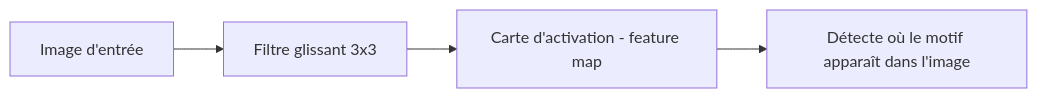
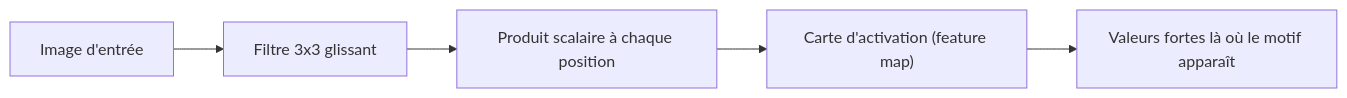
Before and after one commit to AureDulvresse/nyx: the first of 2 diagrams in content/courses/deep-learning/03-reseaux-neurones-convolutifs-cnn.md, drawn with Mermaid. The commit also changed other lines of this file and 167 other files, not shown here.

````diff
--- a/content/courses/deep-learning/03-reseaux-neurones-convolutifs-cnn.md
+++ b/content/courses/deep-learning/03-reseaux-neurones-convolutifs-cnn.md
@@ -37,6 +43,7 @@
 ```mermaid
-graph LR
-    A[Image d'entrée] --> B[Filtre glissant 3x3]
-    B --> C[Carte d'activation - feature map]
-    C --> D[Détecte où le motif apparaît dans l'image]
+flowchart LR
+    A["Image d'entrée"] --> B["Filtre 3x3 glissant"]
+    B --> C["Produit scalaire à chaque position"]
+    C --> D["Carte d'activation (feature map)"]
+    D --> E["Valeurs fortes là où le motif apparaît"]
 ```
````
